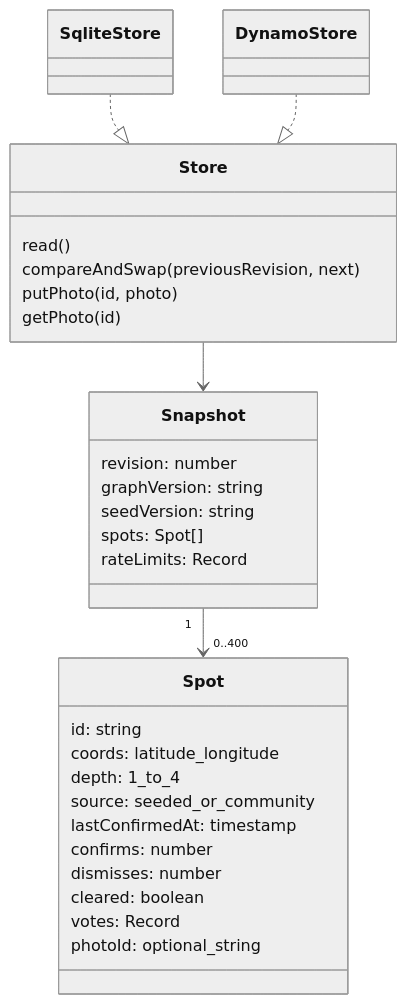
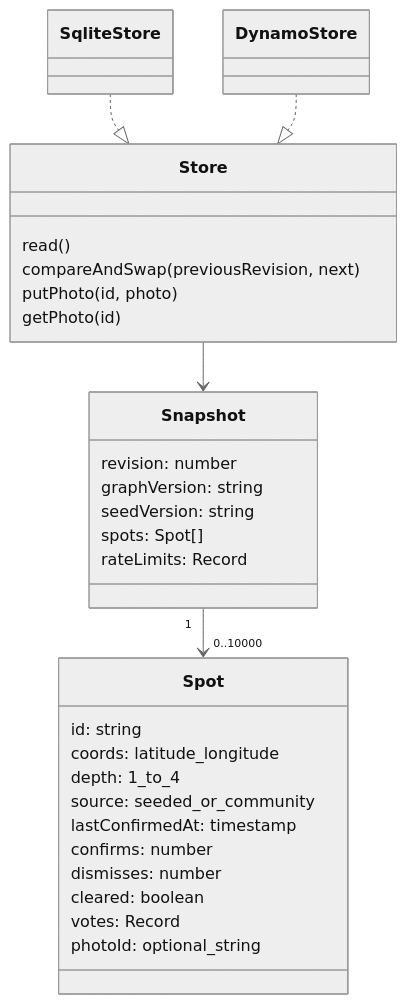
One commit to aditya-raj9125/PaaniPath changed the third of 4 diagrams in README.md. Above: the diagram before and after it, drawn with Mermaid (neutral theme). The commit also changed other lines of this file and 3 other files, not shown here.

````diff
--- a/README.md
+++ b/README.md
@@ -120,32 +129,32 @@
 ```mermaid
 classDiagram
   class Snapshot {
     revision: number
     graphVersion: string
     seedVersion: string
     spots: Spot[]
     rateLimits: Record
   }
   class Spot {
     id: string
     coords: latitude_longitude
     depth: 1_to_4
     source: seeded_or_community
     lastConfirmedAt: timestamp
     confirms: number
     dismisses: number
     cleared: boolean
     votes: Record
     photoId: optional_string
   }
   class Store {
     read()
     compareAndSwap(previousRevision, next)
     putPhoto(id, photo)
     getPhoto(id)
   }
-  Snapshot "1" --> "0..400" Spot
+  Snapshot "1" --> "0..10000" Spot
   Store --> Snapshot
   SqliteStore ..|> Store
   DynamoStore ..|> Store
 ```
````
